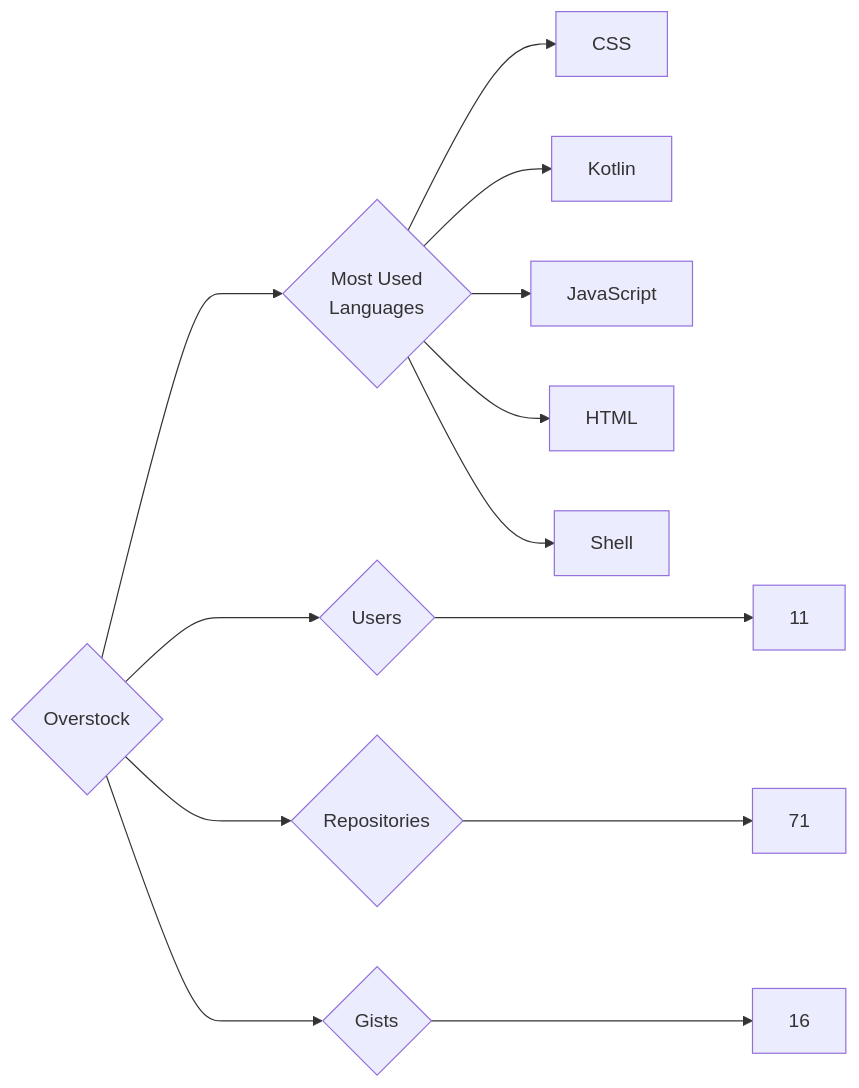
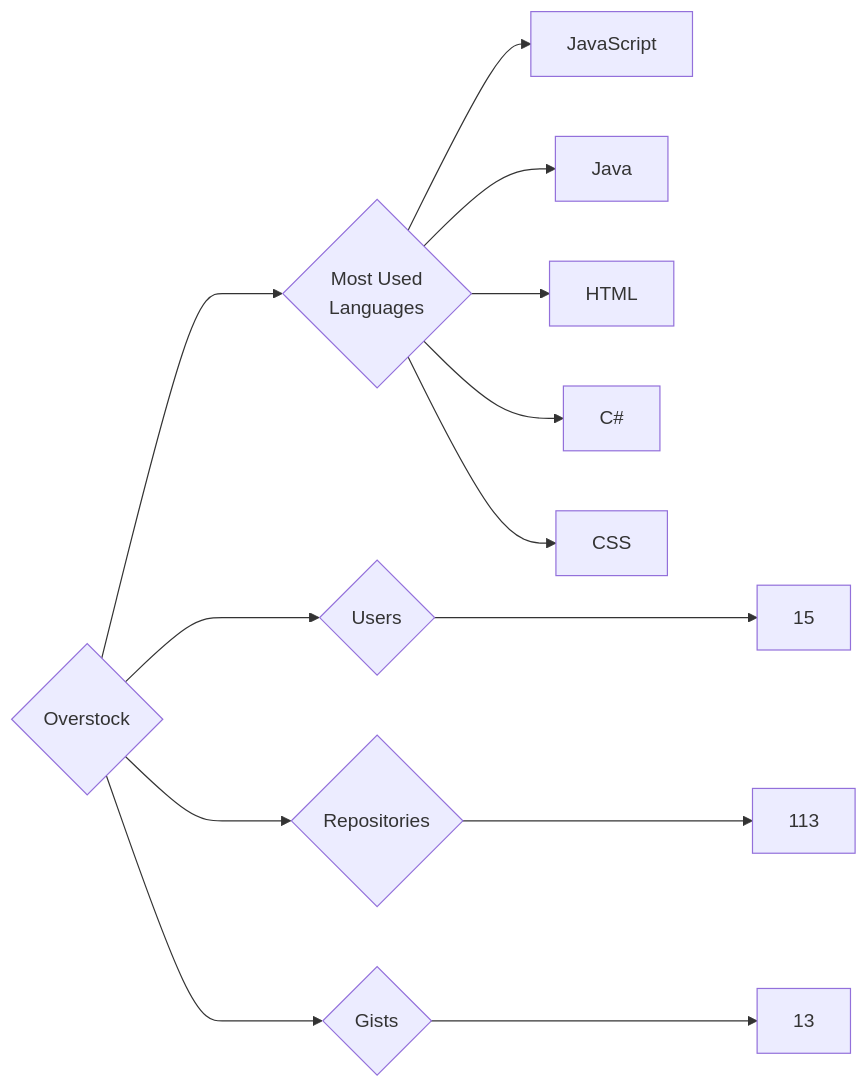
The diagram in targets/Overstock/README.md (trickest/insiders), drawn with Mermaid before and after one commit. The commit also changed 877 other files, not shown here.

````diff
--- a/targets/Overstock/README.md
+++ b/targets/Overstock/README.md
@@ -3,13 +3,13 @@
 ```mermaid
 graph LR
 COMPANY_NAME{Overstock}
-COMPANY_NAME ---> U{Users} ---> UN[11]
-COMPANY_NAME ---> R{Repositories} ---> RN[71]
-COMPANY_NAME ---> G{Gists} ---> GN[16]
+COMPANY_NAME ---> U{Users} ---> UN[15]
+COMPANY_NAME ---> R{Repositories} ---> RN[113]
+COMPANY_NAME ---> G{Gists} ---> GN[13]
 COMPANY_NAME ---> ML{Most Used<br>Languages}
+ML --> JavaScript[JavaScript]
+ML --> Java[Java]
+ML --> HTML[HTML]
+ML --> C#[C#]
 ML --> CSS[CSS]
-ML --> Kotlin[Kotlin]
-ML --> JavaScript[JavaScript]
-ML --> HTML[HTML]
-ML --> Shell[Shell]
 ```
````
